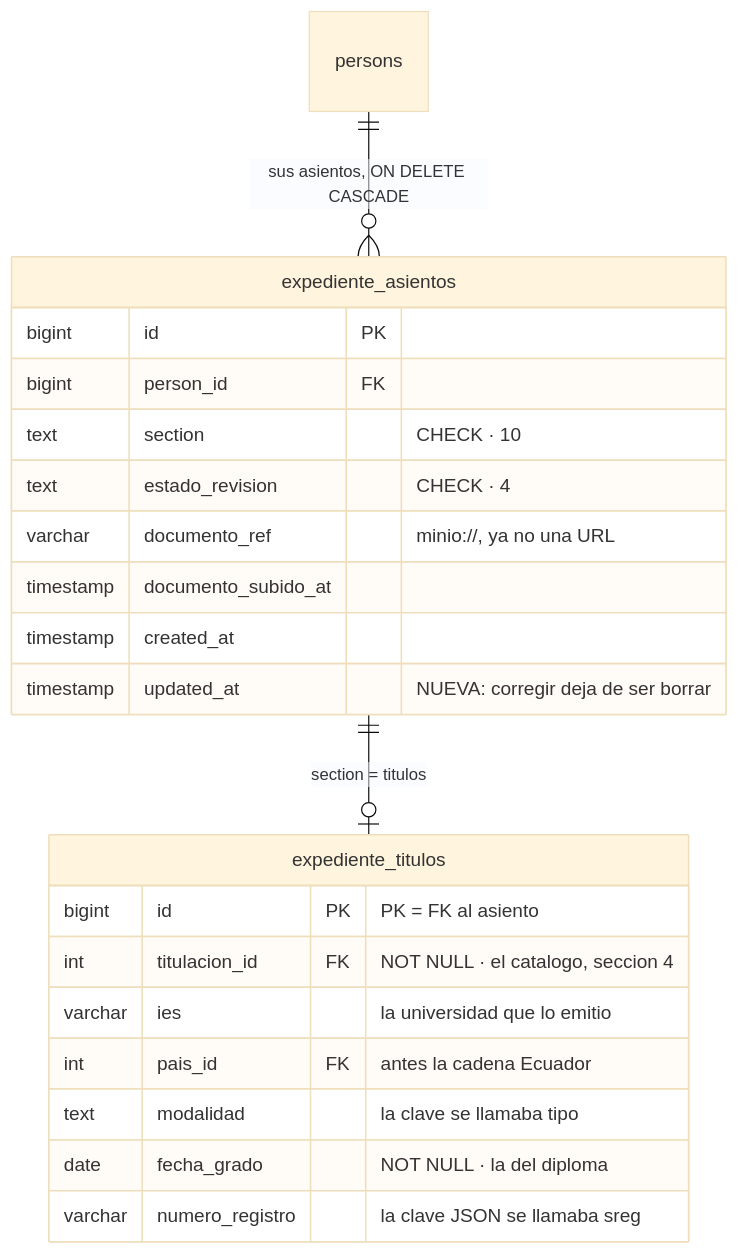
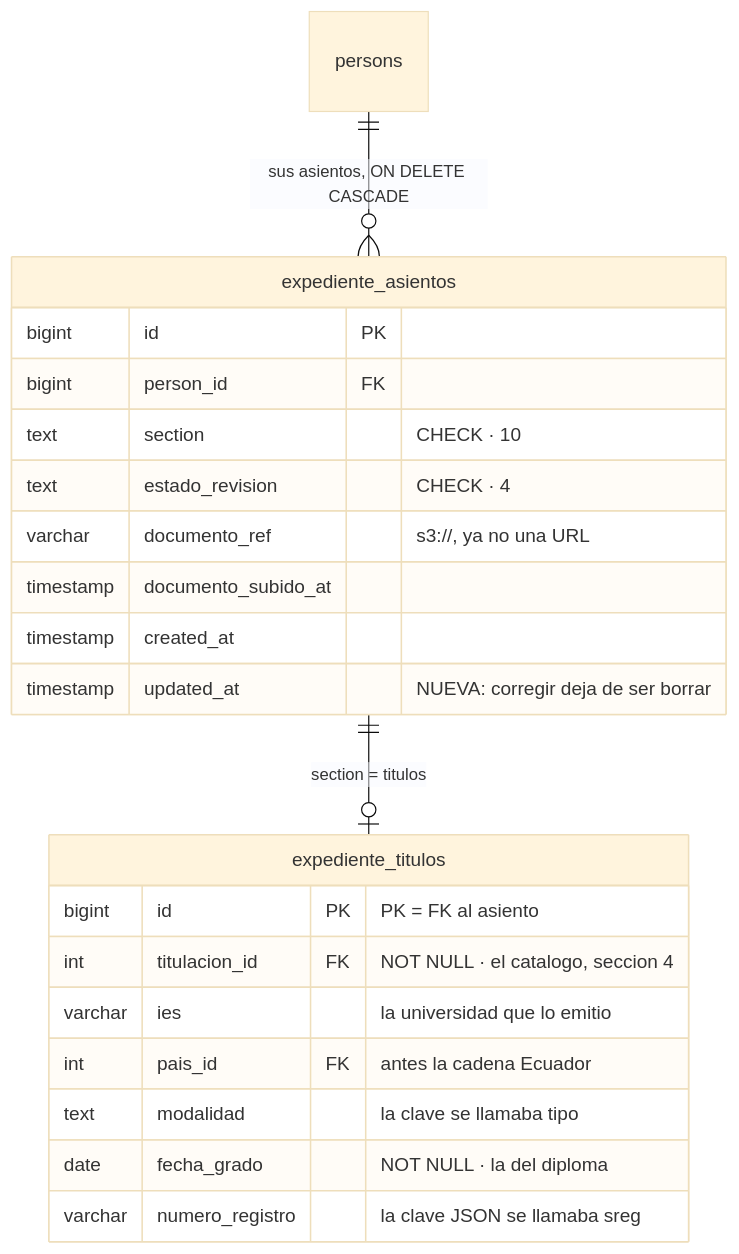
The first of 8 diagrams in docs/src/content/docs/complemento/expediente.md (fresvel/deasy), drawn with Mermaid (base theme) before and after one commit. The commit also changed other lines of this file and 128 other files, not shown here.

````diff
--- a/docs/src/content/docs/complemento/expediente.md
+++ b/docs/src/content/docs/complemento/expediente.md
@@ -56,26 +56,26 @@
 ```mermaid
 erDiagram
   persons ||--o{ expediente_asientos : "sus asientos, ON DELETE CASCADE"
   expediente_asientos ||--o| expediente_titulos : "section = titulos"
 
   expediente_asientos {
     bigint id PK
     bigint person_id FK
     text section "CHECK · 10"
     text estado_revision "CHECK · 4"
-    varchar documento_ref "minio://, ya no una URL"
+    varchar documento_ref "s3://, ya no una URL"
     timestamp documento_subido_at
     timestamp created_at
     timestamp updated_at "NUEVA: corregir deja de ser borrar"
   }
 
   expediente_titulos {
     bigint id PK "PK = FK al asiento"
     int titulacion_id FK "NOT NULL · el catalogo, seccion 4"
     varchar ies "la universidad que lo emitio"
     int pais_id FK "antes la cadena Ecuador"
     text modalidad "la clave se llamaba tipo"
     date fecha_grado "NOT NULL · la del diploma"
     varchar numero_registro "la clave JSON se llamaba sreg"
   }
 ```
````
